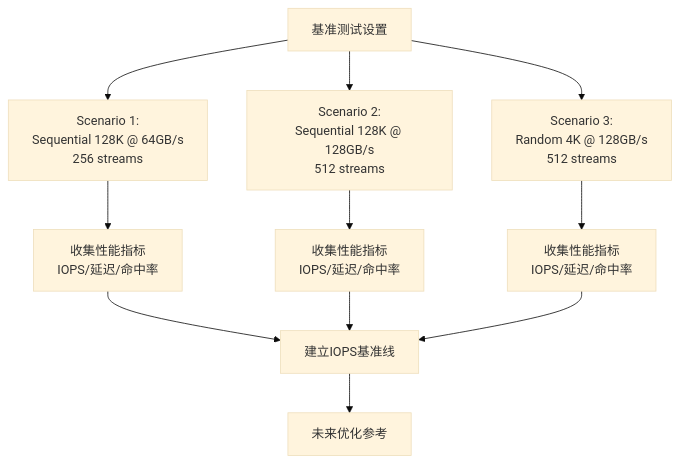
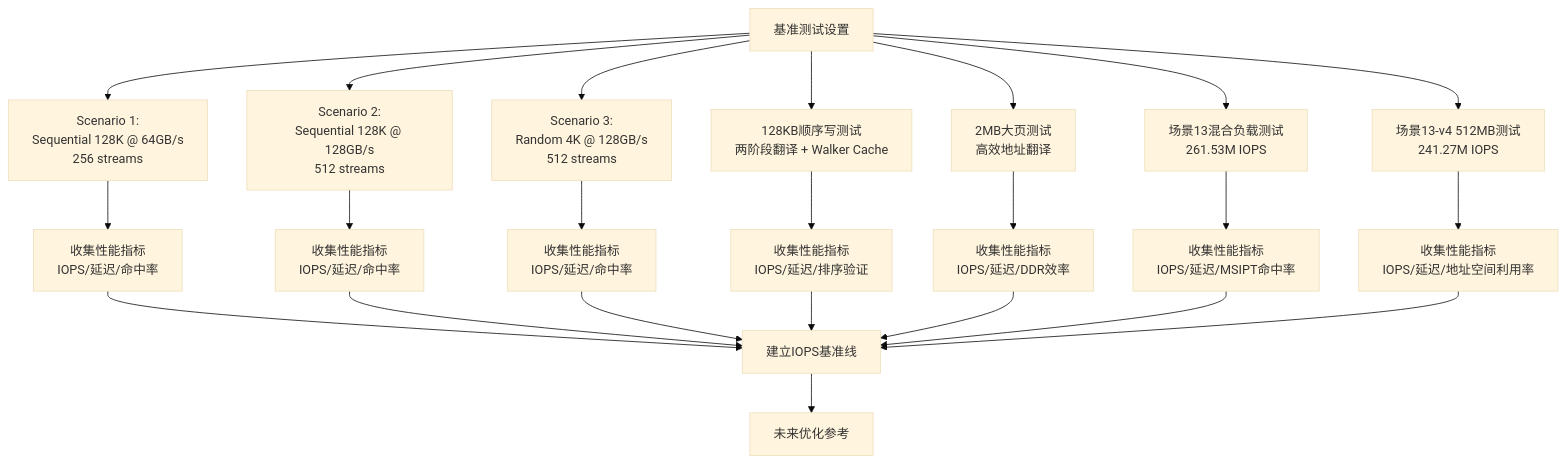
Diagram 11 of 20 in .qoder/repowiki/zh/content/测试与验证/性能测试/性能测试.md (jiangjiang1122/iommu_model_20260401_v1), drawn with Mermaid (base theme) before and after one commit. The commit also changed other lines of this file and 159 other files, not shown here.

Commit message:
chore: 更新知识库文档 + 新增PTW并发分析图表与数据文件

````diff
--- a/.qoder/repowiki/zh/content/测试与验证/性能测试/性能测试.md
+++ b/.qoder/repowiki/zh/content/测试与验证/性能测试/性能测试.md
@@ -351,13 +782,25 @@
 ```mermaid
 flowchart TD
 BenchmarkSetup["基准测试设置"] --> Scenario1["Scenario 1:<br/>Sequential 128K @ 64GB/s<br/>256 streams"]
 BenchmarkSetup --> Scenario2["Scenario 2:<br/>Sequential 128K @ 128GB/s<br/>512 streams"]
 BenchmarkSetup --> Scenario3["Scenario 3:<br/>Random 4K @ 128GB/s<br/>512 streams"]
+BenchmarkSetup --> WriteTest["128KB顺序写测试<br/>两阶段翻译 + Walker Cache"]
+BenchmarkSetup --> HugePageTest["2MB大页测试<br/>高效地址翻译"]
+BenchmarkSetup --> MSITest["场景13混合负载测试<br/>261.53M IOPS"]
+BenchmarkSetup --> Scene13v4["场景13-v4 512MB测试<br/>241.27M IOPS"]
 Scenario1 --> Metrics1["收集性能指标<br/>IOPS/延迟/命中率"]
 Scenario2 --> Metrics2["收集性能指标<br/>IOPS/延迟/命中率"]
 Scenario3 --> Metrics3["收集性能指标<br/>IOPS/延迟/命中率"]
+WriteTest --> Metrics4["收集性能指标<br/>IOPS/延迟/排序验证"]
+HugePageTest --> Metrics5["收集性能指标<br/>IOPS/延迟/DDR效率"]
+MSITest --> Metrics6["收集性能指标<br/>IOPS/延迟/MSIPT命中率"]
+Scene13v4 --> Metrics7["收集性能指标<br/>IOPS/延迟/地址空间利用率"]
 Metrics1 --> Baseline["建立IOPS基准线"]
 Metrics2 --> Baseline
 Metrics3 --> Baseline
+Metrics4 --> Baseline
+Metrics5 --> Baseline
+Metrics6 --> Baseline
+Metrics7 --> Baseline
 Baseline --> FutureOptimization["未来优化参考"]
 ```
````
